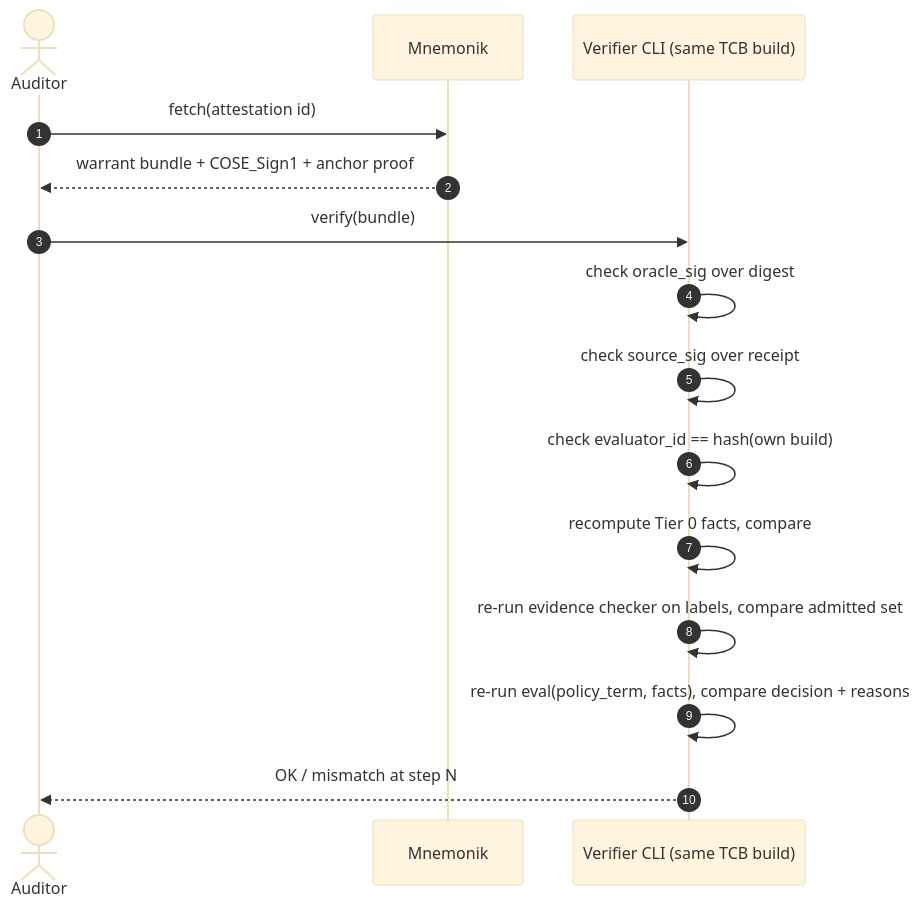
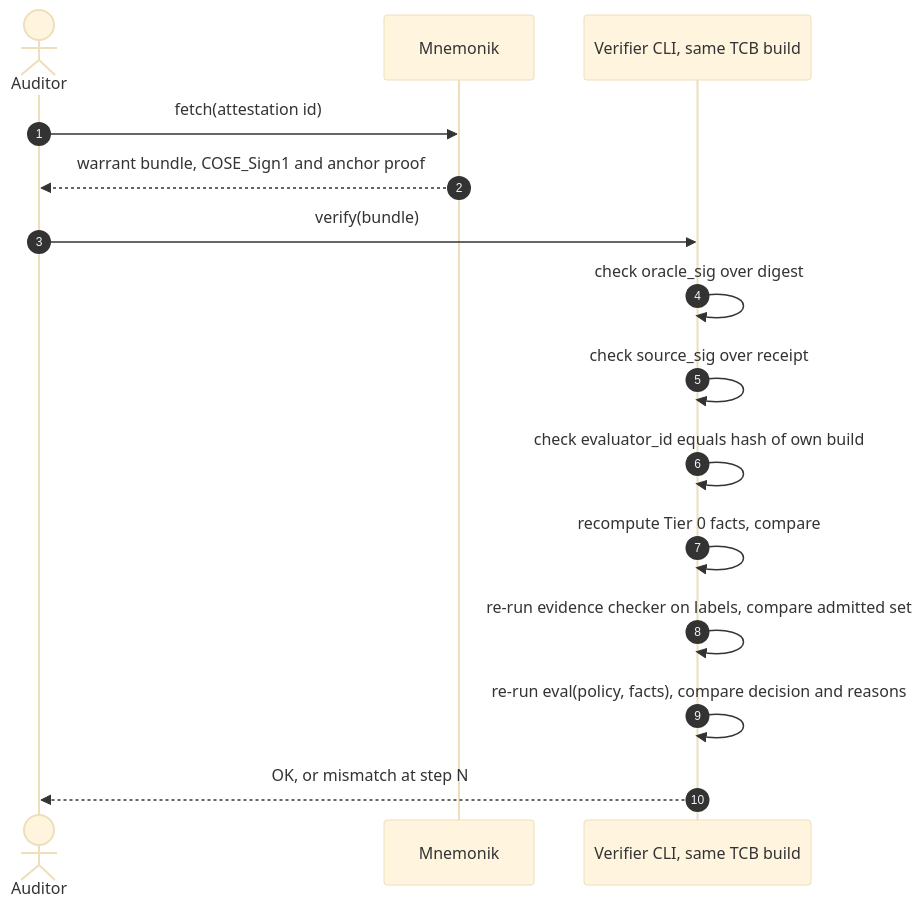
Before and after one commit to mnemonik-xyz/warrant: the fifth of 7 diagrams in tech-design.md, drawn with Mermaid (base theme). The commit also changed other lines of this file, not shown here.

First line of the commit message:
docs: tech-design describes the current release; fix diagrams; sealed A2A note (#5)

````diff
--- a/tech-design.md
+++ b/tech-design.md
@@ -194,18 +213,18 @@
 ```mermaid
 sequenceDiagram
   autonumber
   actor Auditor
   participant MN as Mnemonik
-  participant VR as Verifier CLI (same TCB build)
+  participant VR as Verifier CLI, same TCB build
 
   Auditor->>MN: fetch(attestation id)
-  MN-->>Auditor: warrant bundle + COSE_Sign1 + anchor proof
+  MN-->>Auditor: warrant bundle, COSE_Sign1 and anchor proof
   Auditor->>VR: verify(bundle)
   VR->>VR: check oracle_sig over digest
   VR->>VR: check source_sig over receipt
-  VR->>VR: check evaluator_id == hash(own build)
+  VR->>VR: check evaluator_id equals hash of own build
   VR->>VR: recompute Tier 0 facts, compare
   VR->>VR: re-run evidence checker on labels, compare admitted set
-  VR->>VR: re-run eval(policy_term, facts), compare decision + reasons
-  VR-->>Auditor: OK / mismatch at step N
+  VR->>VR: re-run eval(policy, facts), compare decision and reasons
+  VR-->>Auditor: OK, or mismatch at step N
 ```
````
